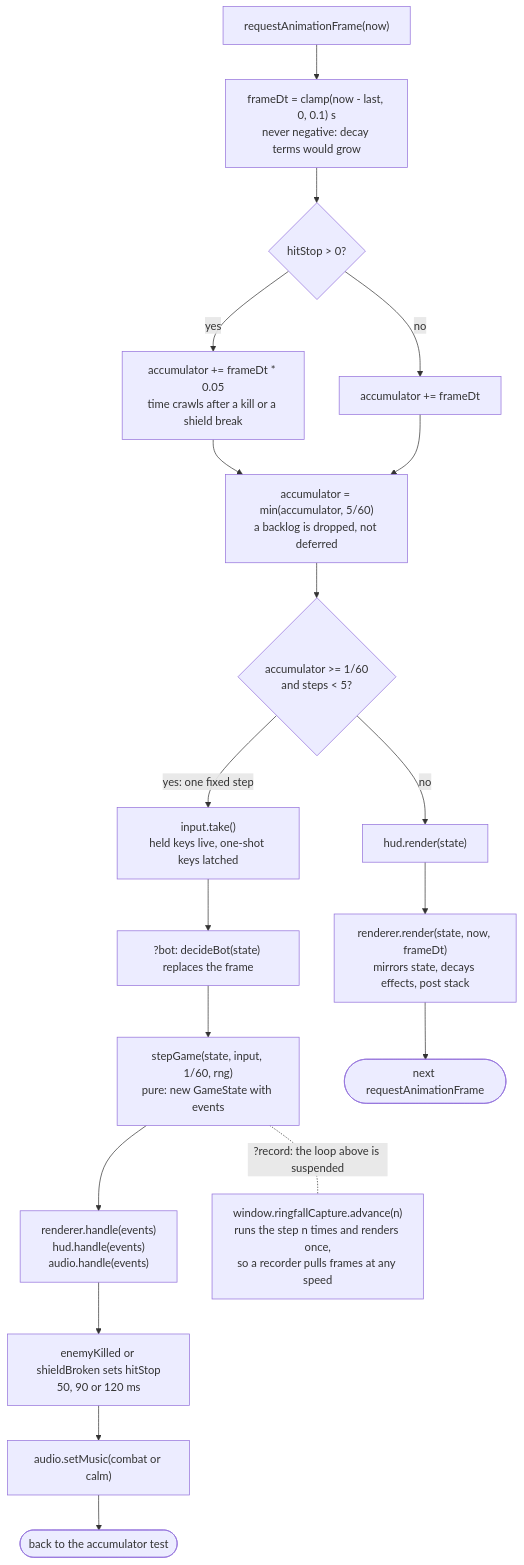
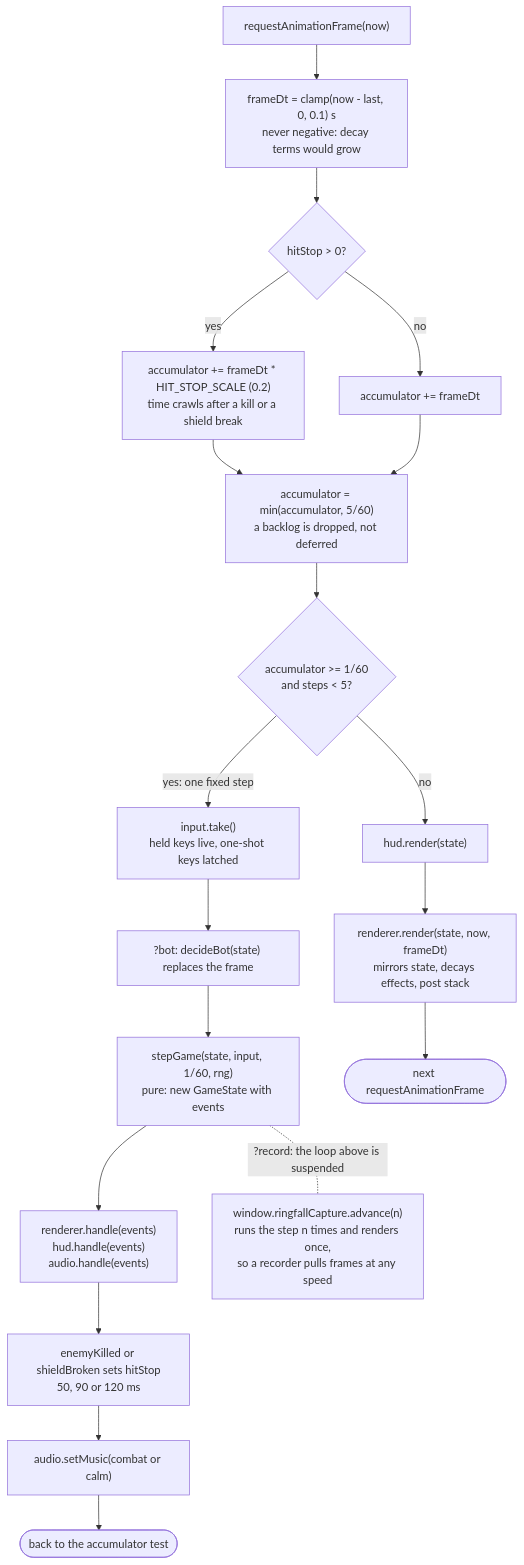
Before and after one commit to agh/ringfall: the diagram in docs/architecture/diagrams/frame.mmd, drawn with Mermaid. The commit also changed 10 other files, not shown here.

First line of the commit message:
docs(architecture): regenerate after the UX review and the Pages jobs moved into ci.yml

```diff
--- a/docs/architecture/diagrams/frame.mmd
+++ b/docs/architecture/diagrams/frame.mmd
@@ -1,26 +1,26 @@
 %%{init: {"flowchart": {"curve": "basis"}} }%%
 flowchart TB
   raf["requestAnimationFrame(now)"]
   dt["frameDt = clamp(now - last, 0, 0.1) s<br/>never negative: decay terms would grow"]
   hitstop{"hitStop > 0?"}
-  slow["accumulator += frameDt * 0.05<br/>time crawls after a kill or a shield break"]
+  slow["accumulator += frameDt * HIT_STOP_SCALE (0.2)<br/>time crawls after a kill or a shield break"]
   full["accumulator += frameDt"]
   cap["accumulator = min(accumulator, 5/60)<br/>a backlog is dropped, not deferred"]
   loop{"accumulator >= 1/60<br/>and steps < 5?"}
   take["input.take()<br/>held keys live, one-shot keys latched"]
   bot["?bot: decideBot(state) replaces the frame"]
   step["stepGame(state, input, 1/60, rng)<br/>pure: new GameState with events"]
   fan["renderer.handle(events)<br/>hud.handle(events)<br/>audio.handle(events)"]
   stop["enemyKilled or shieldBroken sets hitStop<br/>50, 90 or 120 ms"]
   music["audio.setMusic(combat or calm)"]
   hudr["hud.render(state)"]
   draw["renderer.render(state, now, frameDt)<br/>mirrors state, decays effects, post stack"]
   capture["window.ringfallCapture.advance(n)<br/>runs the step n times and renders once,<br/>so a recorder pulls frames at any speed"]
   raf --> dt --> hitstop
   hitstop -->|"yes"| slow --> cap
   hitstop -->|"no"| full --> cap --> loop
   again(["back to the accumulator test"])
   next(["next requestAnimationFrame"])
   loop -->|"yes: one fixed step"| take --> bot --> step --> fan --> stop --> music --> again
   loop -->|"no"| hudr --> draw --> next
   step -.-|"?record: the loop above is suspended"| capture
```
